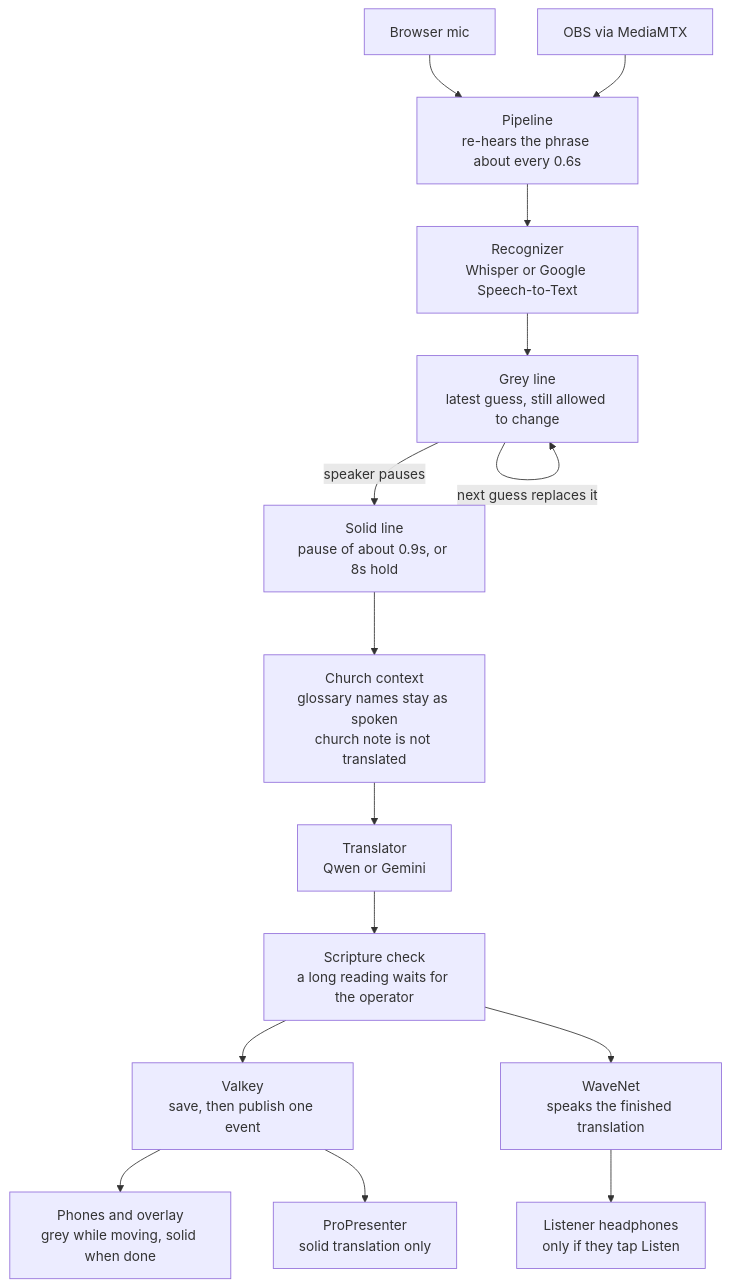
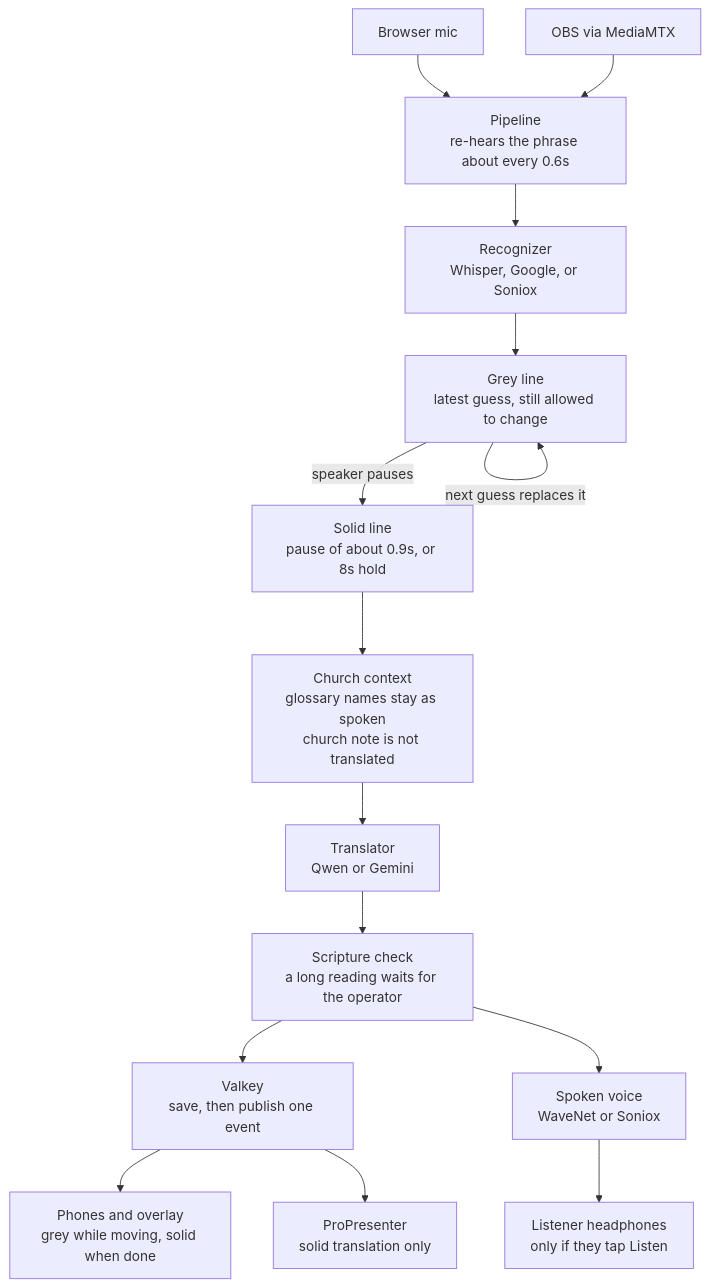
Before and after one commit to stefiokurniadi/voiceofgod: the second of 3 diagrams in ARCHITECTURE.md, drawn with Mermaid. The commit also changed other lines of this file and 31 other files, not shown here.

Commit message:
Let a church use Soniox to hear the sermon and speak the translation.

````diff
--- a/ARCHITECTURE.md
+++ b/ARCHITECTURE.md
@@ -60,28 +60,28 @@
 ```mermaid
 flowchart TD
   mic["Browser mic"]
   rtmp["OBS via MediaMTX"]
   pipe["Pipeline<br/>re-hears the phrase about every 0.6s"]
-  stt["Recognizer<br/>Whisper or Google Speech-to-Text"]
+  stt["Recognizer<br/>Whisper, Google, or Soniox"]
   grey["Grey line<br/>latest guess, still allowed to change"]
   solid["Solid line<br/>pause of about 0.9s, or 8s hold"]
   gloss["Church context<br/>glossary names stay as spoken<br/>church note is not translated"]
   tr["Translator<br/>Qwen or Gemini"]
   read["Scripture check<br/>a long reading waits for the operator"]
-  wavenet["WaveNet<br/>speaks the finished translation"]
+  wavenet["Spoken voice<br/>WaveNet or Soniox"]
   store["Valkey<br/>save, then publish one event"]
   phones["Phones and overlay<br/>grey while moving, solid when done"]
   stage["ProPresenter<br/>solid translation only"]
   listen["Listener headphones<br/>only if they tap Listen"]
 
   mic --> pipe
   rtmp --> pipe
   pipe --> stt --> grey
   grey -->|"next guess replaces it"| grey
   grey -->|"speaker pauses"| solid
   solid --> gloss --> tr --> read
   read --> store
   read --> wavenet --> listen
   store --> phones
   store --> stage
 ```
````
